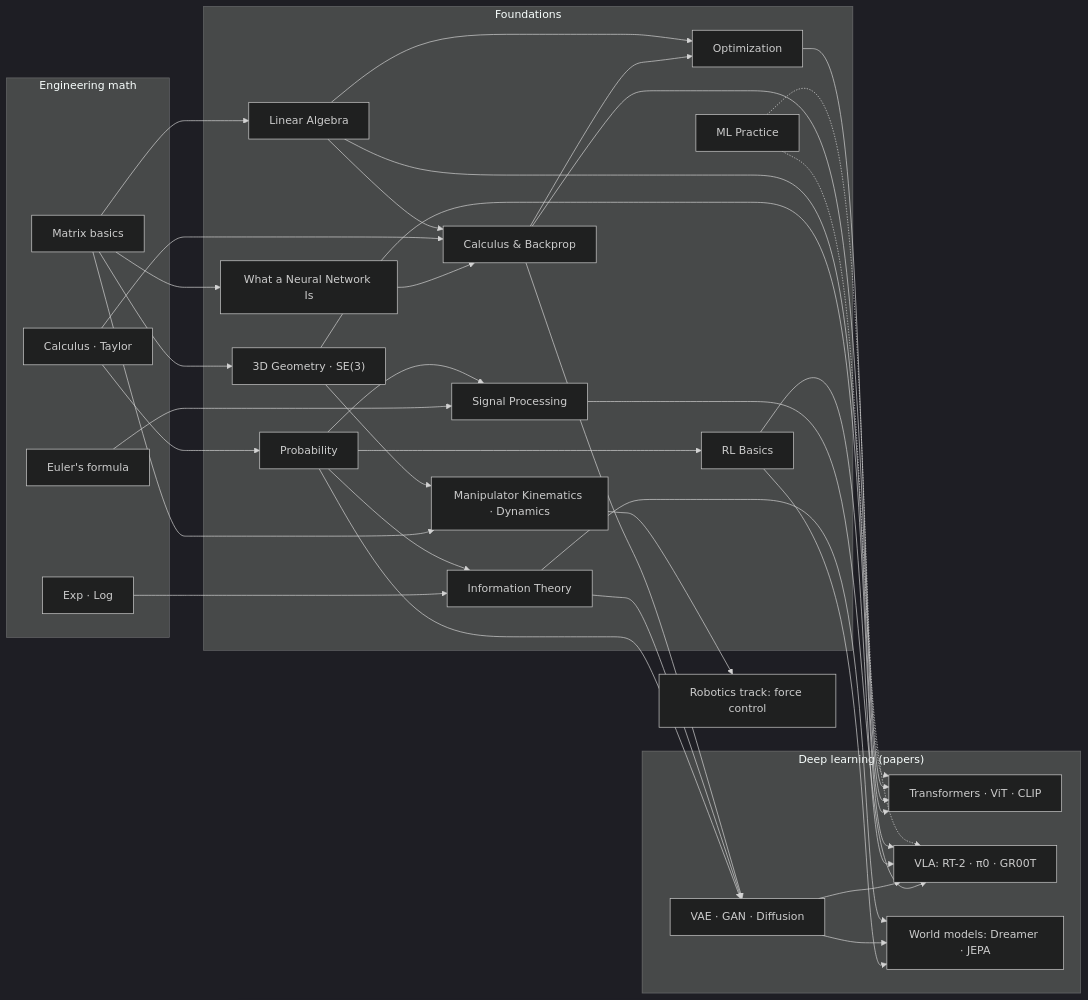
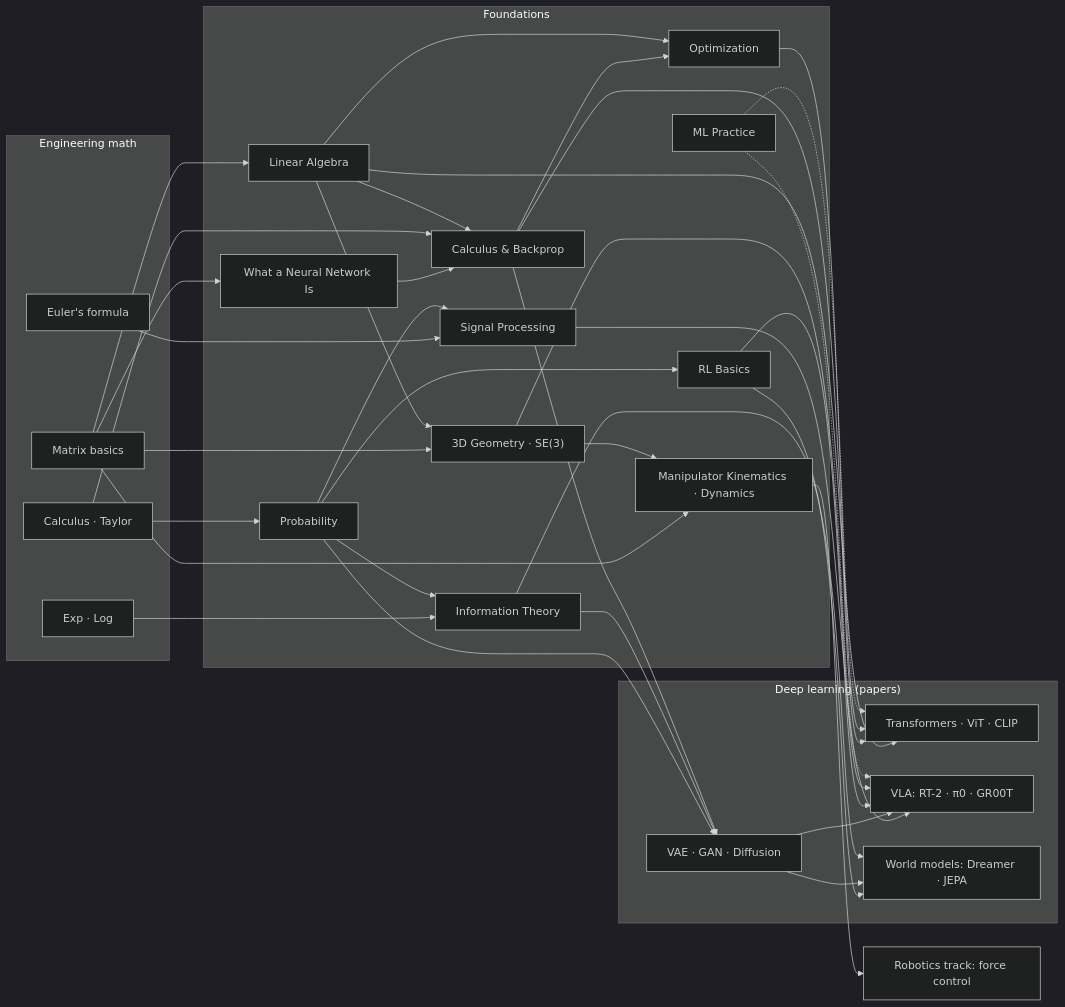
Before and after one commit to jiseop-byeon/phd-wiki: the third of 4 diagrams in content/02-foundations/overview.md, drawn with Mermaid (dark theme). The commit also changed other lines of this file and 13 other files, not shown here.

````diff
--- a/content/02-foundations/overview.md
+++ b/content/02-foundations/overview.md
@@ -305,59 +307,60 @@
 ```mermaid
 graph LR
     subgraph M["Engineering math"]
     CALC["Calculus · Taylor"]
     MAT["Matrix basics"]
     EUL["Euler's formula"]
     LOG["Exp · Log"]
     end
     subgraph F["Foundations"]
     LA["Linear Algebra"]
     NN["What a Neural Network Is"]
     CB["Calculus & Backprop"]
     PR["Probability"]
     OPT["Optimization"]
     IT["Information Theory"]
     SP["Signal Processing"]
     RL["RL Basics"]
     SE["3D Geometry · SE(3)"]
     MLP["ML Practice"]
     MKD["Manipulator Kinematics · Dynamics"]
     end
     subgraph D["Deep learning (papers)"]
     TF["Transformers · ViT · CLIP"]
     GEN["VAE · GAN · Diffusion"]
     VLA["VLA: RT-2 · π0 · GR00T"]
     WM["World models: Dreamer · JEPA"]
     end
     MAT --> LA
     MAT --> NN
     NN --> CB
     CALC --> CB
     CALC --> PR
     EUL --> SP
     LOG --> IT
     LA --> CB --> OPT
     LA --> OPT
     PR --> IT
     PR --> RL
     PR --> SP
     LA --> TF
     CB --> TF
     OPT --> TF
     PR --> GEN
     IT --> GEN
     CB --> GEN
     SP --> VLA
     GEN --> VLA
     RL --> VLA
     RL --> WM
     GEN --> WM
     IT --> WM
     MAT --> SE
+    LA --> SE
     SE --> VLA
     MLP -.-> TF
     MLP -.-> VLA
     MAT --> MKD
     SE --> MKD
     MKD --> ROB["Robotics track: force control"]
 ```
````
